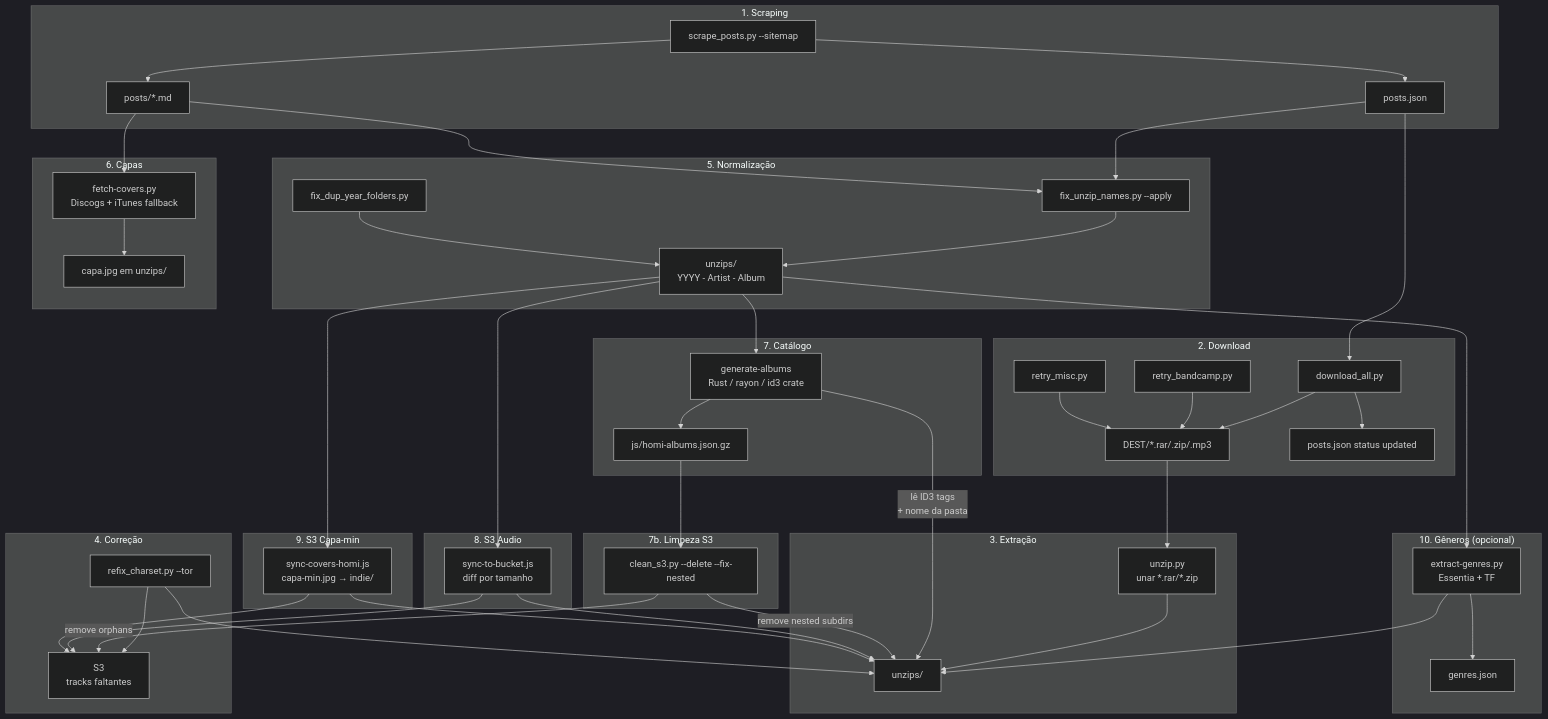
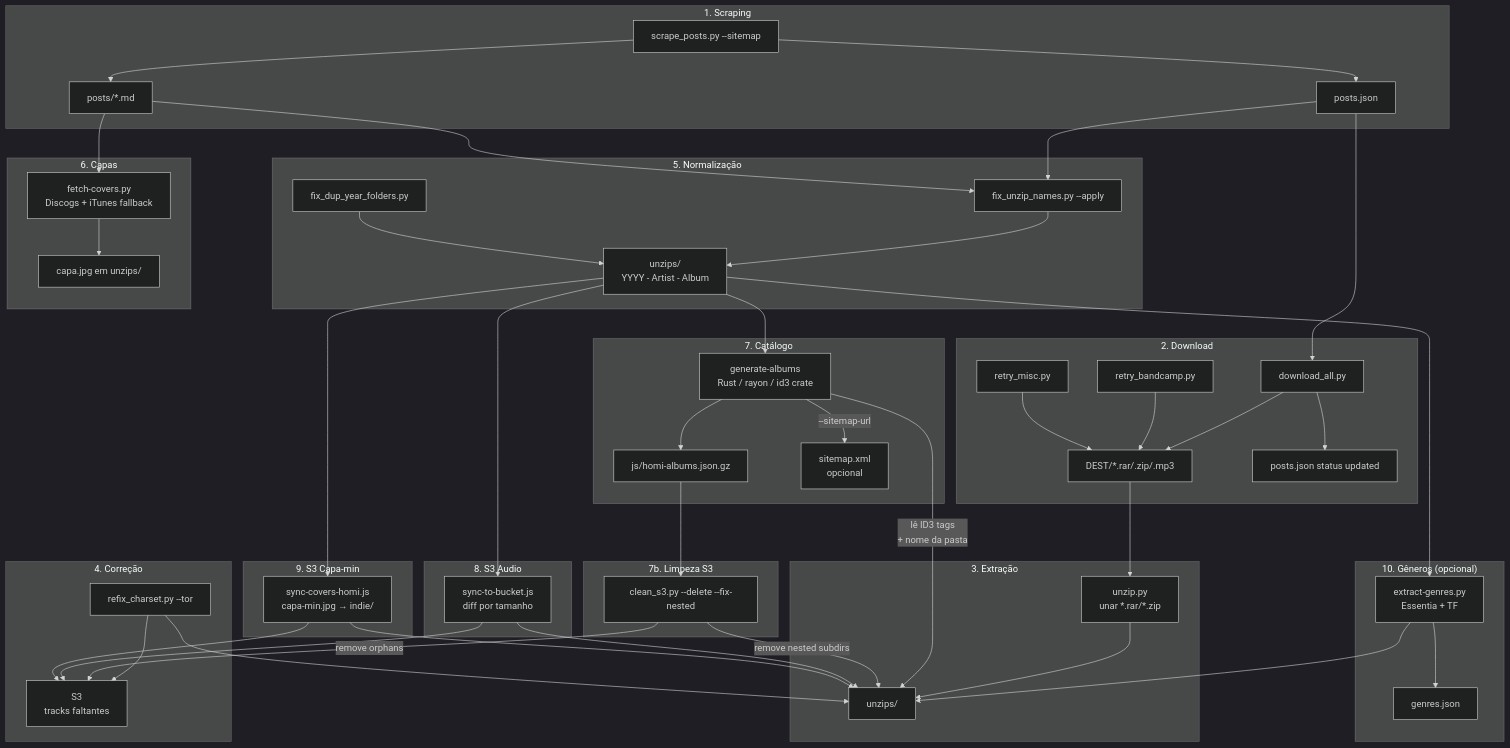
One commit to rafapolo/tocador changed the diagram in pipeline.md. Above: the diagram before and after it, drawn with Mermaid (dark theme). The commit also changed other lines of this file and 5 other files, not shown here.

````diff
--- a/pipeline.md
+++ b/pipeline.md
@@ -3,68 +3,69 @@
 ```mermaid
 flowchart TD
     subgraph Phase1["1. Scraping"]
         A[scrape_posts.py --sitemap] --> B[posts.json]
         A --> C[posts/*.md]
     end
 
     subgraph Phase2["2. Download"]
         D[download_all.py] --> E[DEST/*.rar/.zip/.mp3]
         D --> F[posts.json status updated]
         G[retry_bandcamp.py] --> E
         H[retry_misc.py] --> E
     end
 
     subgraph Phase3["3. Extração"]
         I[unzip.py<br>unar *.rar/*.zip] --> J[unzips/]
     end
 
     subgraph Phase4["4. Correção"]
         K[refix_charset.py --tor] --> J
         K --> L[S3<br>tracks faltantes]
     end
 
     subgraph Phase5["5. Normalização"]
         M[fix_unzip_names.py --apply] --> N[unzips/<br>YYYY - Artist - Album]
         O[fix_dup_year_folders.py] --> N
     end
 
     subgraph Phase6["6. Capas"]
         P[fetch-covers.py<br>Discogs + iTunes fallback] --> Q[capa.jpg em unzips/]
     end
 
     subgraph Phase7["7. Catálogo"]
         V[generate-albums<br>Rust / rayon / id3 crate] --> W[js/homi-albums.json.gz]
         V -->|lê ID3 tags<br>+ nome da pasta| J
+        V -->|--sitemap-url| SX[sitemap.xml<br>opcional]
     end
 
     subgraph Phase7b["7b. Limpeza S3"]
         CL[clean_s3.py --delete --fix-nested] -->|remove orphans| L
         CL -->|remove nested subdirs| J
         W --> CL
     end
 
     subgraph Phase8["8. S3 Audio"]
         X[sync-to-bucket.js<br>diff por tamanho] --> L
         X --> J
     end
 
     subgraph Phase9["9. S3 Capa-min"]
         Y[sync-covers-homi.js<br>capa-min.jpg → indie/] --> L
         Y --> J
     end
 
     subgraph Phase10["10. Gêneros (opcional)"]
         Z[extract-genres.py<br>Essentia + TF] --> AA[genres.json]
         Z --> J
     end
 
     B --> D
     B --> M
     C --> M
     C --> P
     N --> V
     N --> X
     N --> Y
     N --> Z
     E --> I
 ```
````
